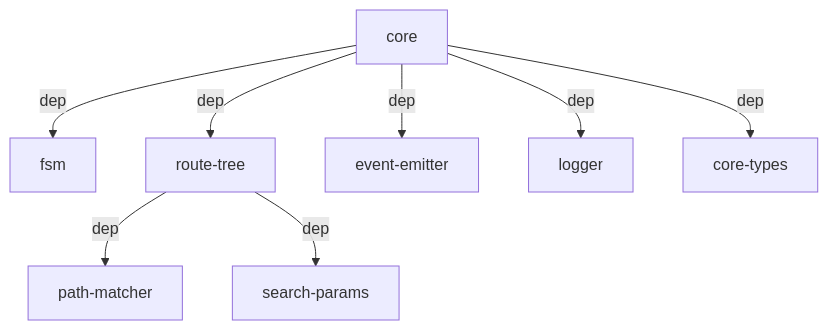
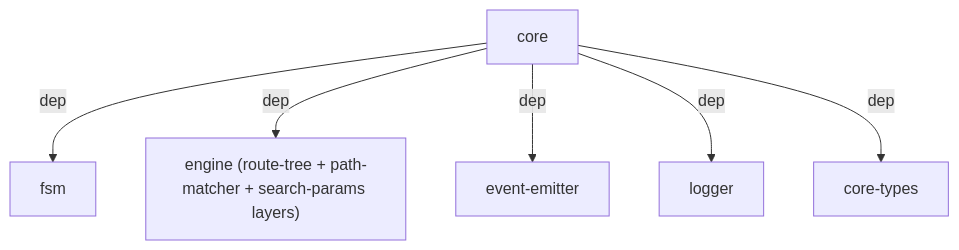
The diagram in packages/core/ARCHITECTURE.md (greydragon888/real-router), drawn with Mermaid before and after one commit. The commit also changed other lines of this file and 266 other files, not shown here.

Commit message:
refactor(engine): merge search-params + path-matcher + route-tree into one internal `engine` package (#1510) (#1513)

````diff
--- a/packages/core/ARCHITECTURE.md
+++ b/packages/core/ARCHITECTURE.md
@@ -58,11 +58,8 @@
 ```mermaid
 graph TD
     CORE["core"] -->|dep| FSM["fsm"]
-    CORE -->|dep| RT["route-tree"]
+    CORE -->|dep| ENGINE["engine (route-tree + path-matcher + search-params layers)"]
     CORE -->|dep| EE["event-emitter"]
     CORE -->|dep| LOG["logger"]
     CORE -->|dep| TYPES["core-types"]
-
-    RT -->|dep| PM["path-matcher"]
-    RT -->|dep| SP["search-params"]
 ```
````
